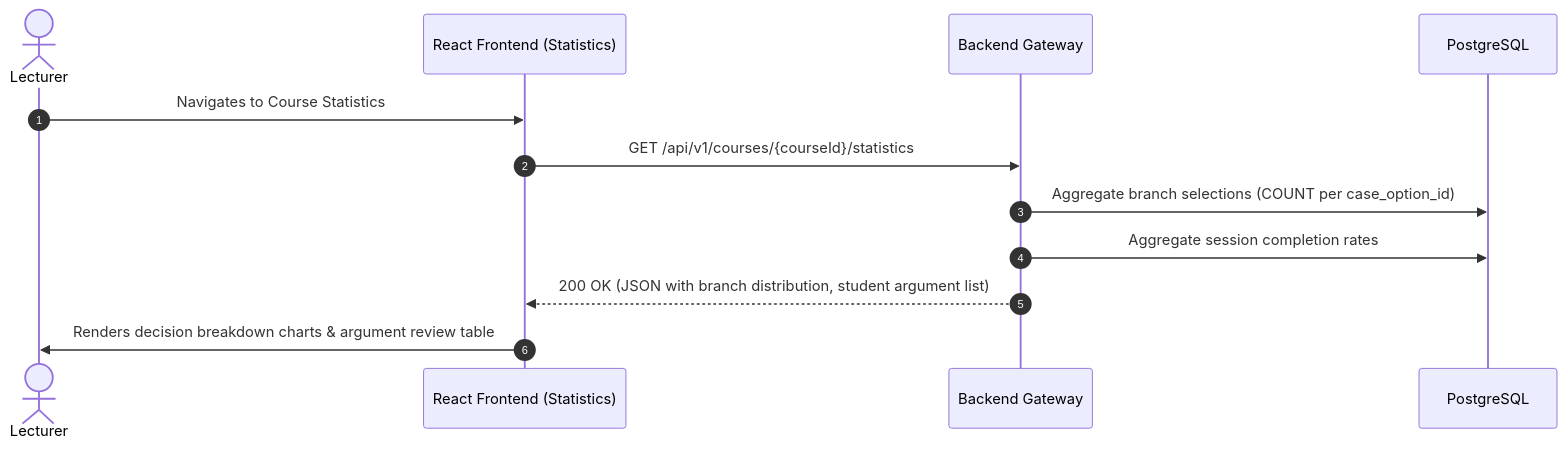
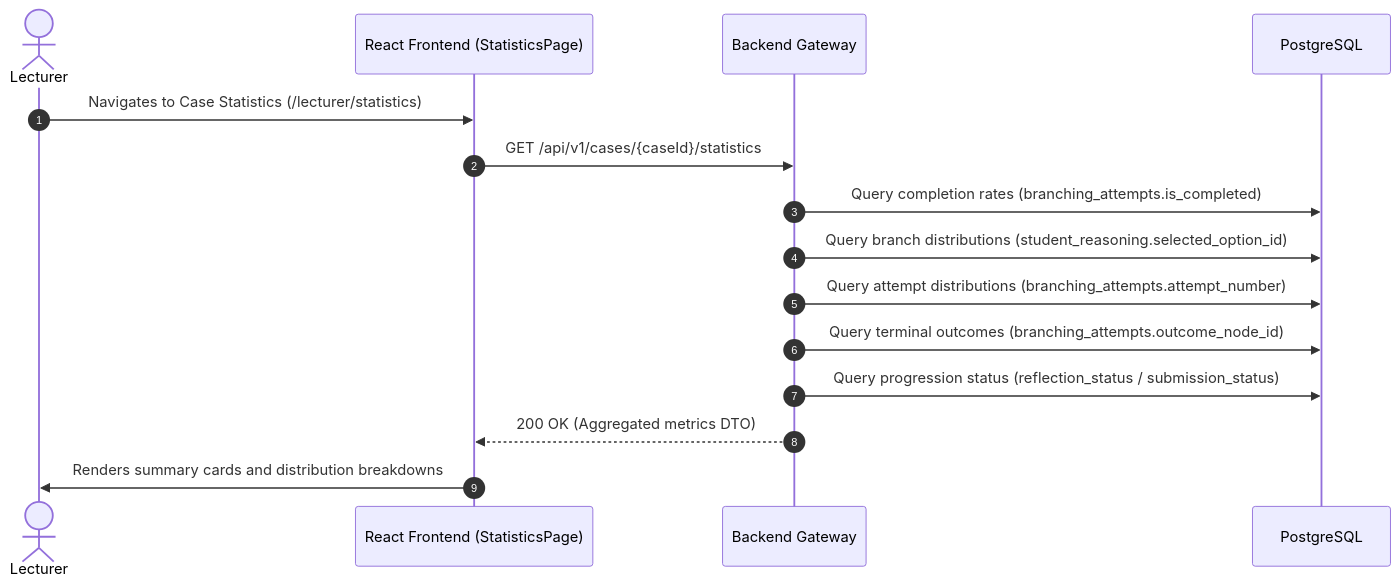
One commit to HoangNam2464/CaseTree-AI changed the seventh of 7 diagrams in docs/architecture/DATA-FLOW.md. Above: the diagram before and after it, drawn with Mermaid. The commit also changed other lines of this file and 16 other files, not shown here.

Commit message:
docs(docs): update architecture, feature specs, and traceability for Proposal V1.1

````diff
--- a/docs/architecture/DATA-FLOW.md
+++ b/docs/architecture/DATA-FLOW.md
@@ -162,15 +219,18 @@
 ```mermaid
 sequenceDiagram
     autonumber
     actor Lecturer
-    participant FE as React Frontend (Statistics)
+    participant FE as React Frontend (StatisticsPage)
     participant BE as Backend Gateway
     participant DB as PostgreSQL
 
-    Lecturer->>FE: Navigates to Course Statistics
-    FE->>BE: GET /api/v1/courses/{courseId}/statistics
-    BE->>DB: Aggregate branch selections (COUNT per case_option_id)
-    BE->>DB: Aggregate session completion rates
-    BE-->>FE: 200 OK (JSON with branch distribution, student argument list)
-    FE->>Lecturer: Renders decision breakdown charts & argument review table
+    Lecturer->>FE: Navigates to Case Statistics (/lecturer/statistics)
+    FE->>BE: GET /api/v1/cases/{caseId}/statistics
+    BE->>DB: Query completion rates (branching_attempts.is_completed)
+    BE->>DB: Query branch distributions (student_reasoning.selected_option_id)
+    BE->>DB: Query attempt distributions (branching_attempts.attempt_number)
+    BE->>DB: Query terminal outcomes (branching_attempts.outcome_node_id)
+    BE->>DB: Query progression status (reflection_status / submission_status)
+    BE-->>FE: 200 OK (Aggregated metrics DTO)
+    FE->>Lecturer: Renders summary cards and distribution breakdowns
 ```
````
